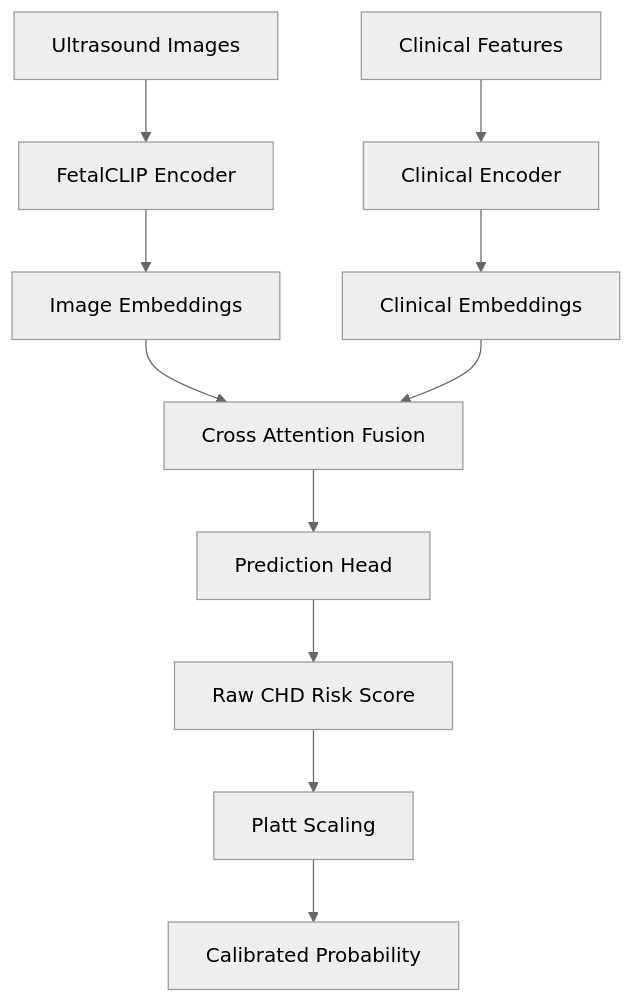
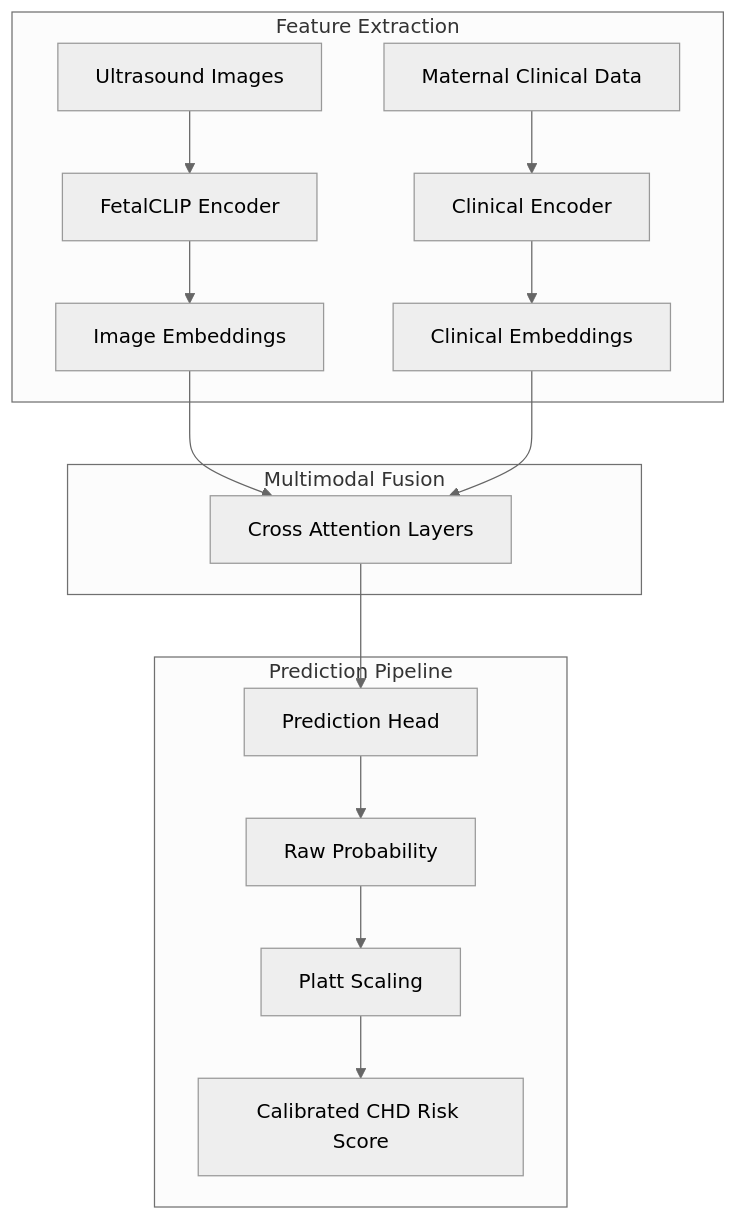
The first of 2 diagrams in README.md (meghnanag2/FetalVisionAI), drawn with Mermaid (neutral theme) before and after one commit. The commit also changed other lines of this file, not shown here.

````diff
--- a/README.md
+++ b/README.md
@@ -76,16 +74,22 @@
 ```mermaid
 flowchart TD
-A[Ultrasound Images] --> B[FetalCLIP Encoder]
-B --> C[Image Embeddings]
+    subgraph Feature Extraction
+        A[Ultrasound Images] --> B[FetalCLIP Encoder]
+        B --> C[Image Embeddings]
 
-D[Clinical Features] --> E[Clinical Encoder]
-E --> F[Clinical Embeddings]
+        D[Maternal Clinical Data] --> E[Clinical Encoder]
+        E --> F[Clinical Embeddings]
+    end
 
-C --> G[Cross Attention Fusion]
-F --> G
+    subgraph Multimodal Fusion
+        C --> G[Cross Attention Layers]
+        F --> G
+    end
 
-G --> H[Prediction Head]
-H --> I[Raw CHD Risk Score]
-I --> J[Platt Scaling]
-J --> K[Calibrated Probability]
+    subgraph Prediction Pipeline
+        G --> H[Prediction Head]
+        H --> I[Raw Probability]
+        I --> J[Platt Scaling]
+        J --> K[Calibrated CHD Risk Score]
+    end
 ```
````
